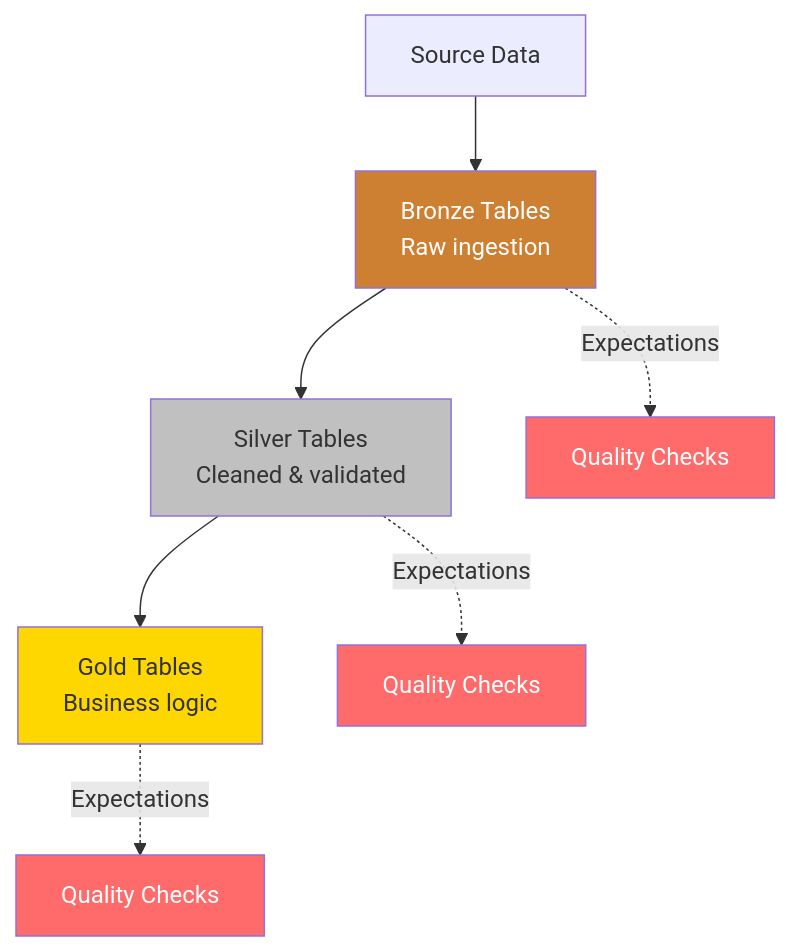
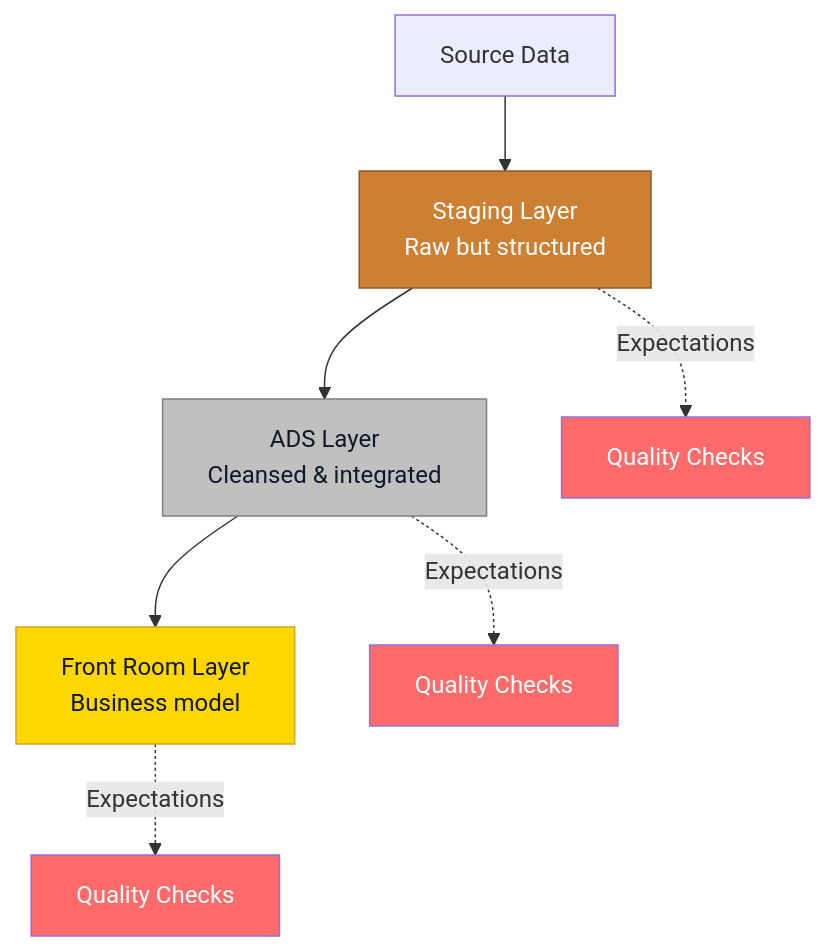
Before and after one commit to PlainsightPro/Vision-Playbook: the fifth of 8 diagrams in Technical Guideline Ops/Databricks Best-Practices/Lakeflow ETL Guide.md, drawn with Mermaid. The commit also changed other lines of this file and 40 other files, not shown here.

````diff
--- a/Technical Guideline Ops/Databricks Best-Practices/Lakeflow ETL Guide.md
+++ b/Technical Guideline Ops/Databricks Best-Practices/Lakeflow ETL Guide.md
@@ -263,18 +248,18 @@
 ```mermaid
 %%{init: { "flowchart": { "useMaxWidth": true } } }%%
 flowchart TD
-    A[Source Data] --> B[Bronze Tables<br/>Raw ingestion]
-    B --> C[Silver Tables<br/>Cleaned & validated]
-    C --> D[Gold Tables<br/>Business logic]
+    A[Source Data] --> B[Staging Layer<br/>Raw but structured]
+    B --> C[ADS Layer<br/>Cleansed & integrated]
+    C --> D[Front Room Layer<br/>Business model]
     
     B -.->|Expectations| B1[Quality Checks]
     C -.->|Expectations| C1[Quality Checks]
     D -.->|Expectations| D1[Quality Checks]
     
-    style B fill:#cd7f32,color:#fff
-    style C fill:#c0c0c0
-    style D fill:#ffd700
+    style B fill:#cd7f32,stroke:#8b5a2b,color:#FFFFFF
+    style C fill:#c0c0c0,stroke:#808080,color:#111827
+    style D fill:#ffd700,stroke:#DAA520,color:#111827
     style B1 fill:#ff6b6b,color:#fff
     style C1 fill:#ff6b6b,color:#fff
     style D1 fill:#ff6b6b,color:#fff
 ```
````
